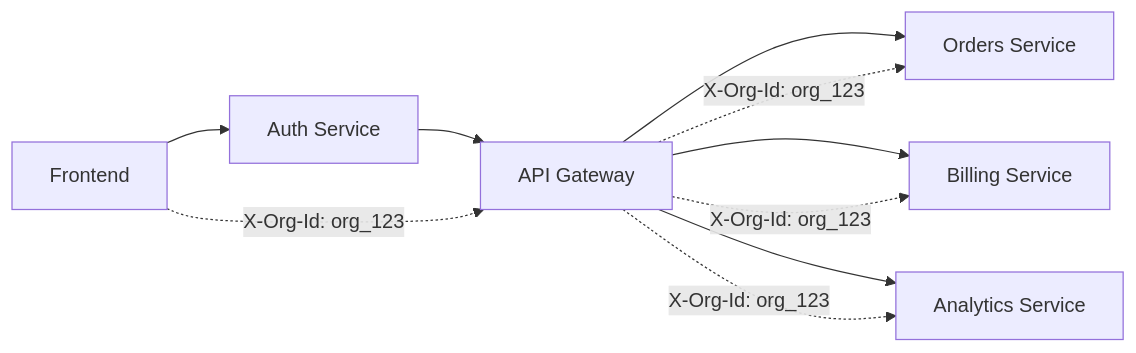
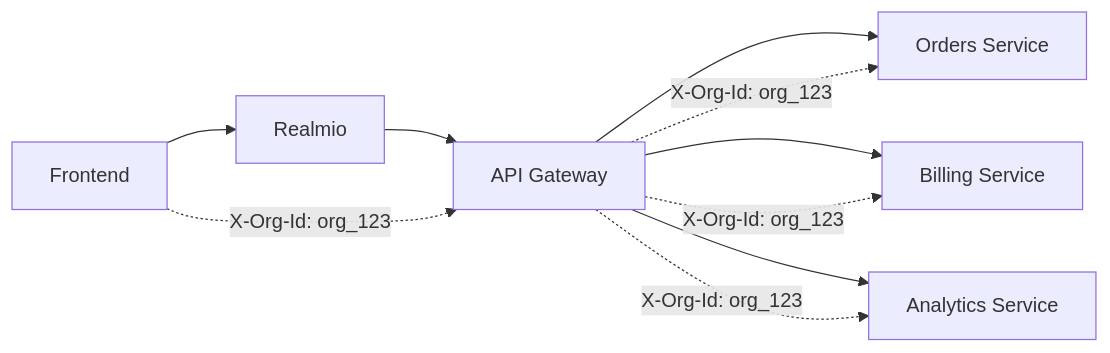
Before and after one commit to Rndynt/AuthCore: the diagram in docs/organizations.md, drawn with Mermaid. The commit also changed other lines of this file and 21 other files, not shown here.

````diff
--- a/docs/organizations.md
+++ b/docs/organizations.md
@@ -46,13 +46,13 @@
 ```mermaid
 graph LR
-    A[Frontend] --> B[Auth Service]
+    A[Frontend] --> B[Realmio]
     B --> C[API Gateway]
     C --> D[Orders Service]
     C --> E[Billing Service]
     C --> F[Analytics Service]
     
     A -.->|X-Org-Id: org_123| C
     C -.->|X-Org-Id: org_123| D
     C -.->|X-Org-Id: org_123| E
     C -.->|X-Org-Id: org_123| F
 ```
````
